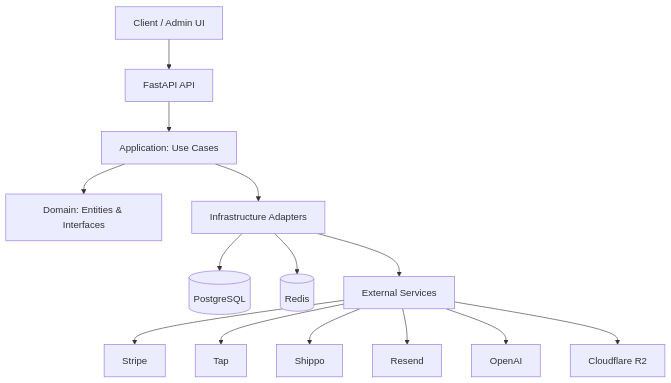
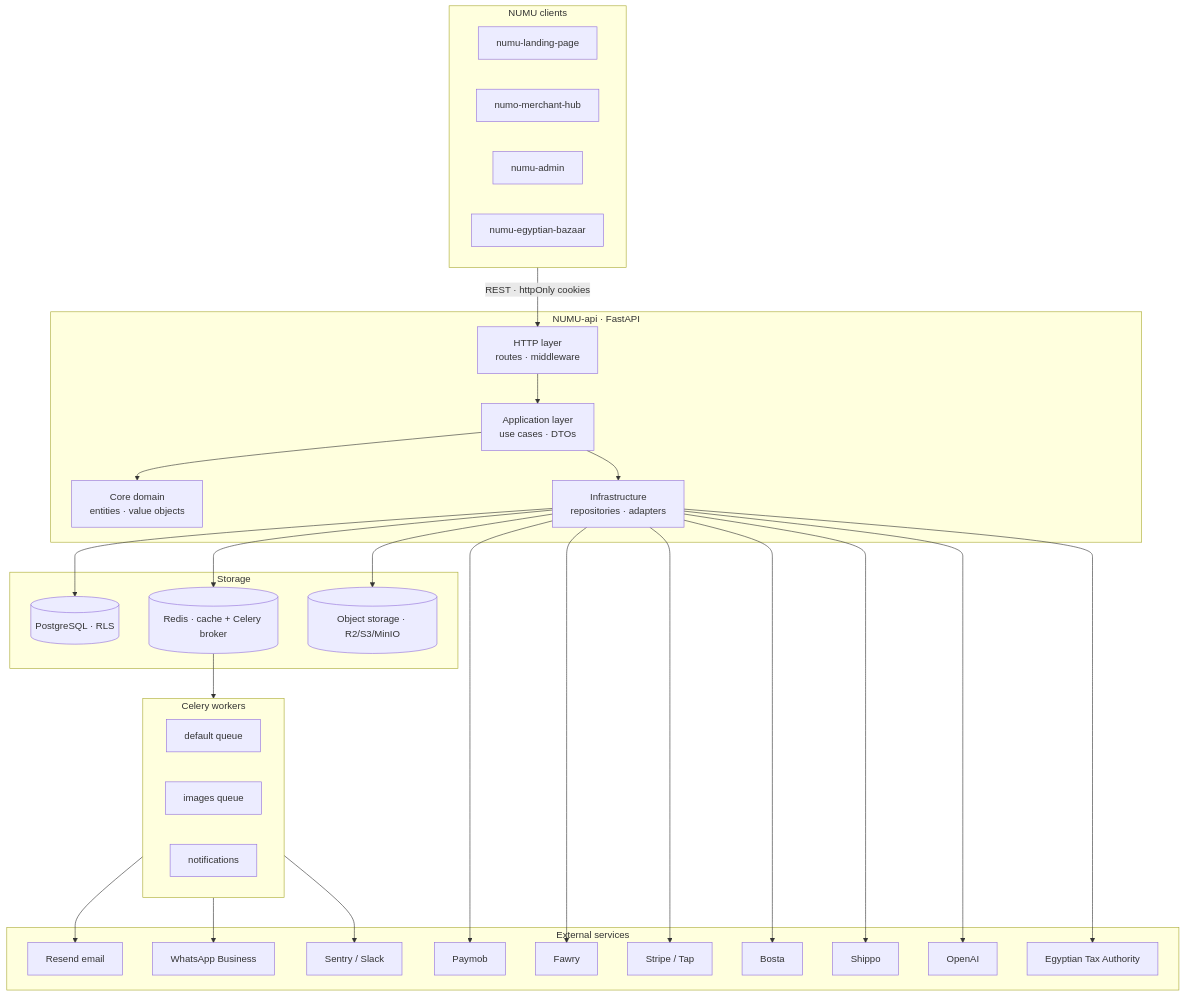
One commit to NUMU-IO/NUMU-api changed the first of 5 diagrams in README.md. Above: the diagram before and after it, drawn with Mermaid. The commit also changed other lines of this file and 25 other files, not shown here.

````diff
--- a/README.md
+++ b/README.md
@@ -16,16 +29,59 @@
 ```mermaid
 flowchart TB
-  U[Client / Admin UI] --> API[FastAPI API]
-  API --> APP[Application: Use Cases]
-  APP --> CORE[Domain: Entities & Interfaces]
-  APP --> INFRA[Infrastructure Adapters]
-  INFRA --> DB[(PostgreSQL)]
-  INFRA --> CACHE[(Redis)]
-  INFRA --> EXT[External Services]
-  EXT --> STRIPE[Stripe]
-  EXT --> TAP[Tap]
-  EXT --> SHIPPO[Shippo]
-  EXT --> RESEND[Resend]
-  EXT --> OPENAI[OpenAI]
-  EXT --> R2[Cloudflare R2]
+  subgraph Clients["NUMU clients"]
+    LP[numu-landing-page]
+    MH[numo-merchant-hub]
+    AD[numu-admin]
+    BZ[numu-egyptian-bazaar]
+  end
+
+  subgraph API["NUMU-api · FastAPI"]
+    HTTP[HTTP layer<br/>routes · middleware]
+    APP[Application layer<br/>use cases · DTOs]
+    CORE[Core domain<br/>entities · value objects]
+    INFRA[Infrastructure<br/>repositories · adapters]
+  end
+
+  subgraph Storage["Storage"]
+    DB[(PostgreSQL · RLS)]
+    R[(Redis · cache + Celery broker)]
+    OS[(Object storage · R2/S3/MinIO)]
+  end
+
+  subgraph Workers["Celery workers"]
+    W1[default queue]
+    W2[images queue]
+    W3[notifications]
+  end
+
+  subgraph External["External services"]
+    PM[Paymob]
+    FW[Fawry]
+    ST[Stripe / Tap]
+    BO[Bosta]
+    SH[Shippo]
+    RS[Resend email]
+    WA[WhatsApp Business]
+    OAI[OpenAI]
+    ETA[Egyptian Tax Authority]
+    SE[Sentry / Slack]
+  end
+
+  Clients -- "REST · httpOnly cookies" --> HTTP
+  HTTP --> APP --> CORE
+  APP --> INFRA
+  INFRA --> DB
+  INFRA --> R
+  INFRA --> OS
+  R --> Workers
+  Workers --> RS
+  Workers --> WA
+  Workers --> SE
+  INFRA --> PM
+  INFRA --> FW
+  INFRA --> ST
+  INFRA --> BO
+  INFRA --> SH
+  INFRA --> OAI
+  INFRA --> ETA
 ```
````
